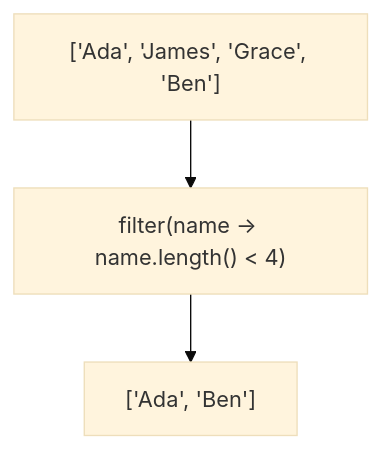
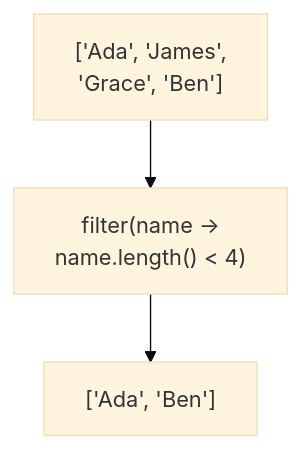
Before and after one commit to hh-programming-2/lessons: the first of 2 diagrams in materials/streams.md, drawn with Mermaid (base theme). The commit also changed other lines of this file, not shown here.

First line of the commit message:
Improve readability of flowcharts in streams.md

````diff
--- a/materials/streams.md
+++ b/materials/streams.md
@@ -85,5 +85,5 @@
 ```mermaid
 flowchart TB
-    A["['Ada', 'James', 'Grace', 'Ben']"] --> B["filter(name -> name.length() < 4)"]
+    A["['Ada', 'James',<br/>'Grace', 'Ben']"] --> B["filter(name -><br/>name.length() < 4)"]
     B --> C["['Ada', 'Ben']"]
 ```
````
